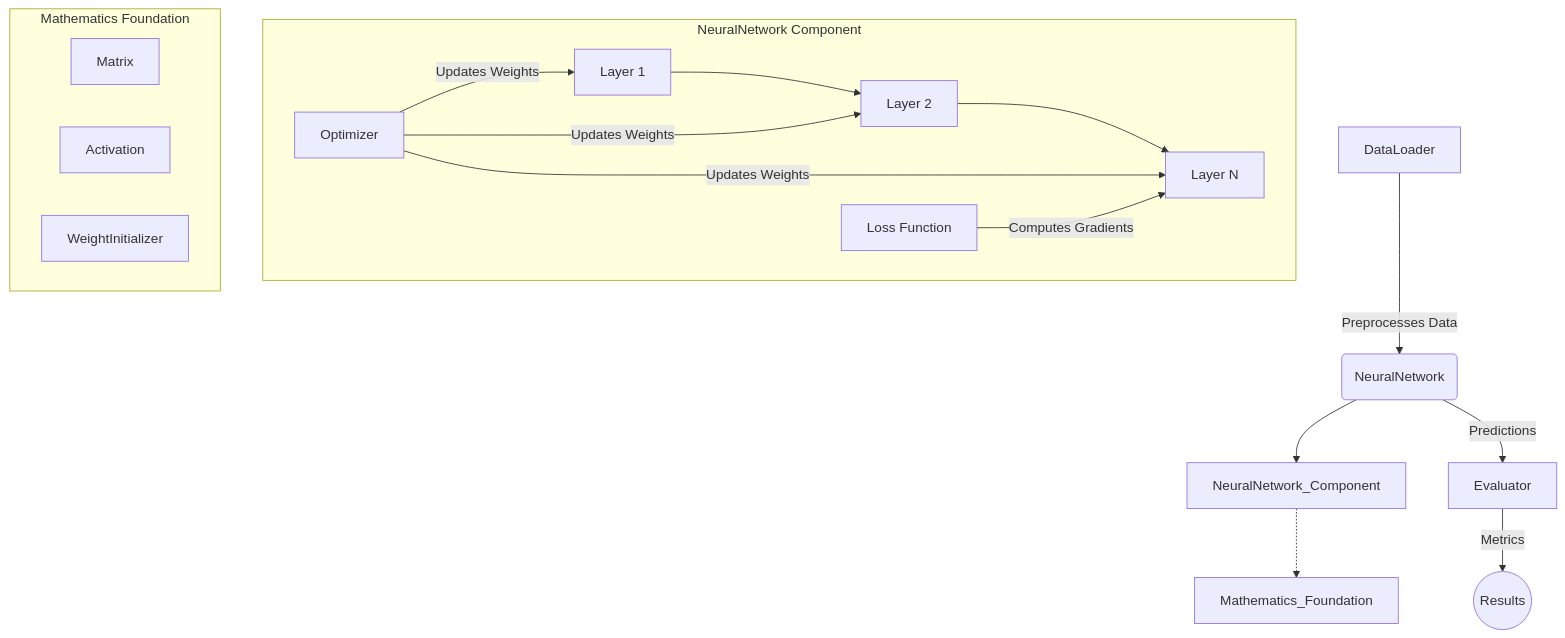
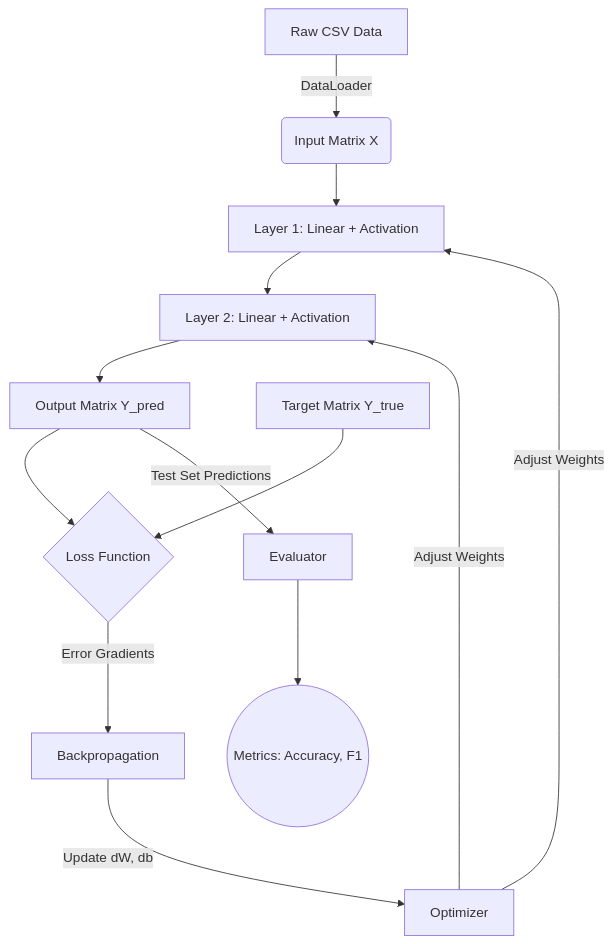
The diagram in README.md (hemishsrichandra/MiniANN), drawn with Mermaid before and after one commit. The commit also changed other lines of this file and 11 other files, not shown here.

````diff
--- a/README.md
+++ b/README.md
@@ -7,25 +19,18 @@
 ```mermaid
 graph TD
-    A[DataLoader] -->|Preprocesses Data| B(NeuralNetwork)
+    A[Raw CSV Data] -->|DataLoader| B(Input Matrix X)
+    B --> C[Layer 1: Linear + Activation]
+    C --> D[Layer 2: Linear + Activation]
+    D --> E[Output Matrix Y_pred]
     
-    subgraph NeuralNetwork Component
-        C[Layer 1] --> D[Layer 2] --> E[Layer N]
-        F[Optimizer] -->|Updates Weights| C
-        F -->|Updates Weights| D
-        F -->|Updates Weights| E
-        G[Loss Function] -->|Computes Gradients| E
-    end
+    E --> F{Loss Function}
+    G[Target Matrix Y_true] --> F
     
-    B --> NeuralNetwork_Component
+    F -->|Error Gradients| H[Backpropagation]
+    H -->|Update dW, db| I[Optimizer]
+    I -->|Adjust Weights| C
+    I -->|Adjust Weights| D
     
-    subgraph Mathematics Foundation
-        H[Matrix]
-        I[Activation]
-        J[WeightInitializer]
-    end
-    
-    NeuralNetwork_Component -.-> Mathematics_Foundation
-    
-    B -->|Predictions| K[Evaluator]
-    K -->|Metrics| L((Results))
+    E -->|Test Set Predictions| J[Evaluator]
+    J --> K((Metrics: Accuracy, F1))
 ```
````
